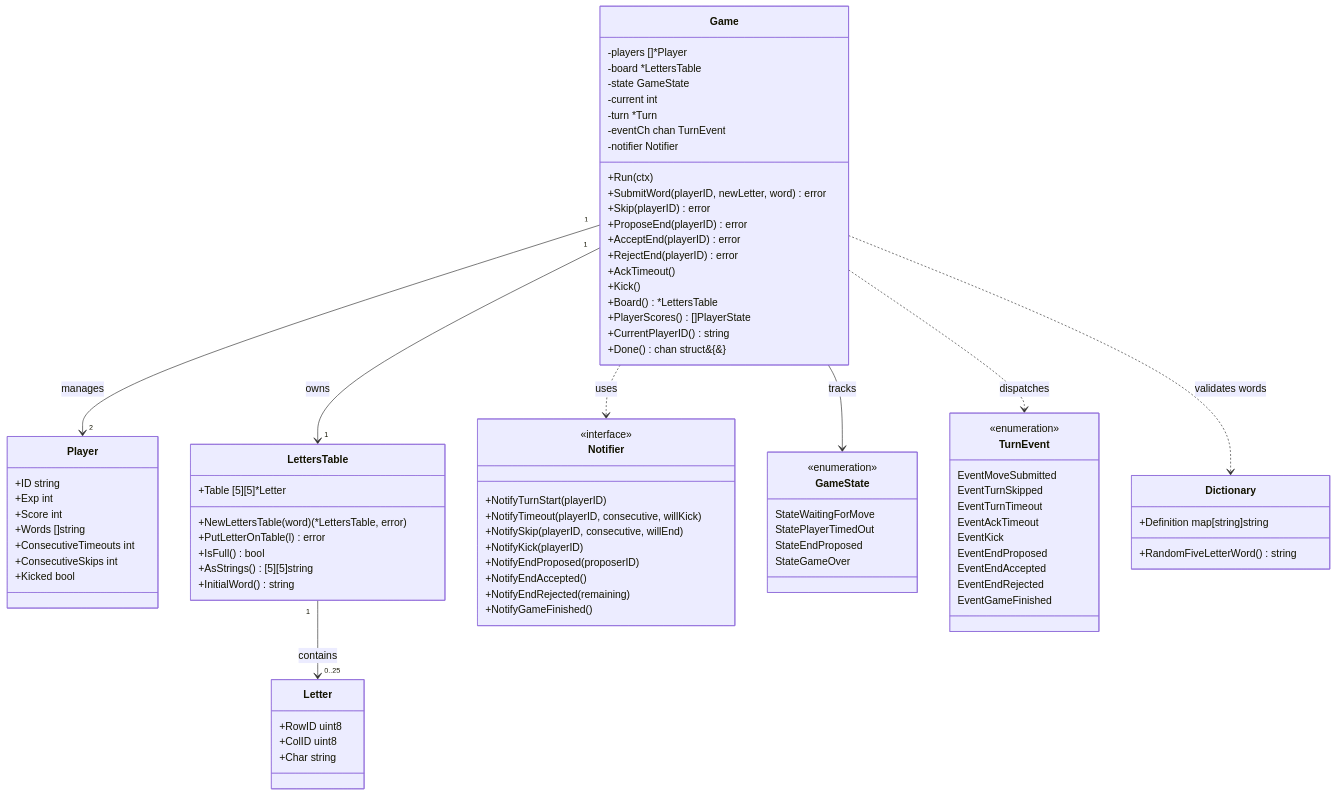
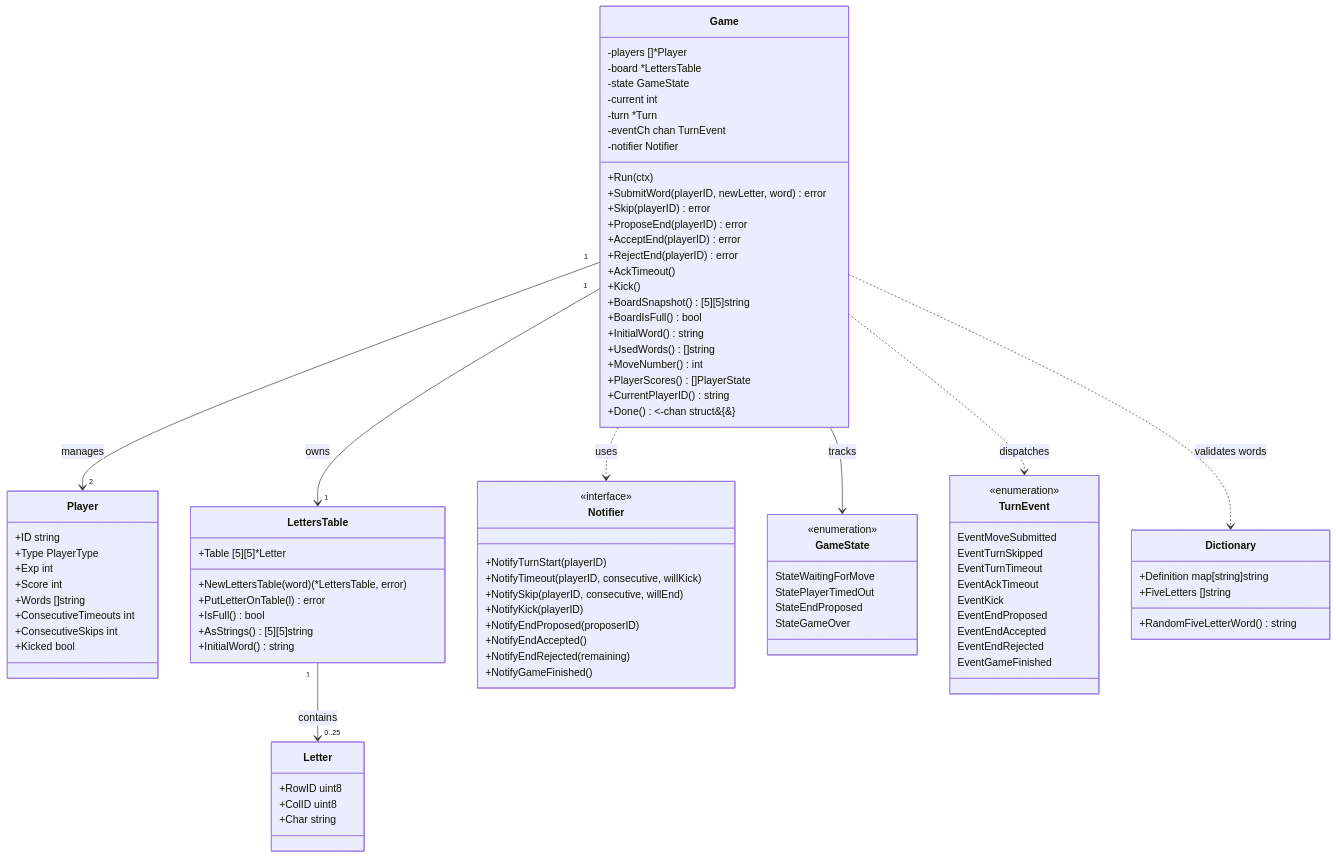
Before and after one commit to rustwizard/balda: the fourth of 4 diagrams in docs/architecture.md, drawn with Mermaid. The commit also changed other lines of this file and 1 other file, not shown here.

Commit message:
docs: fix architecture docs to match current codebase

```diff
--- a/docs/architecture.md
+++ b/docs/architecture.md
@@ -110,14 +110,19 @@
     +RejectEnd(playerID) error
     +AckTimeout()
     +Kick()
-    +Board() *LettersTable
+    +BoardSnapshot() [5][5]string
+    +BoardIsFull() bool
+    +InitialWord() string
+    +UsedWords() []string
+    +MoveNumber() int
     +PlayerScores() []PlayerState
     +CurrentPlayerID() string
-    +Done() chan struct&#123;&#125;
+    +Done() <-chan struct&#123;&#125;
   }
 
   class Player {
     +ID string
+    +Type PlayerType
     +Exp int
     +Score int
     +Words []string
@@ -176,6 +181,7 @@
 
   class Dictionary {
     +Definition map[string]string
+    +FiveLetters []string
     +RandomFiveLetterWord() string
   }
 
```
